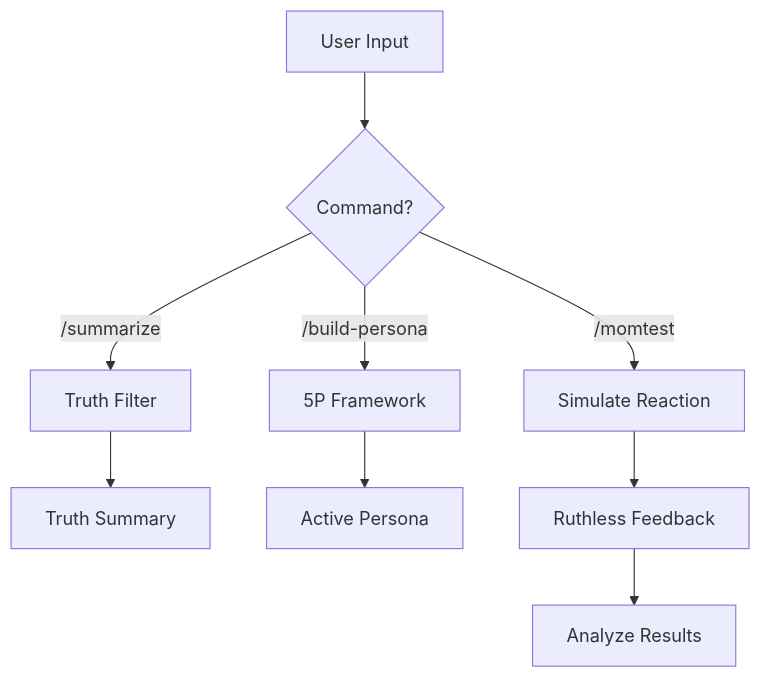
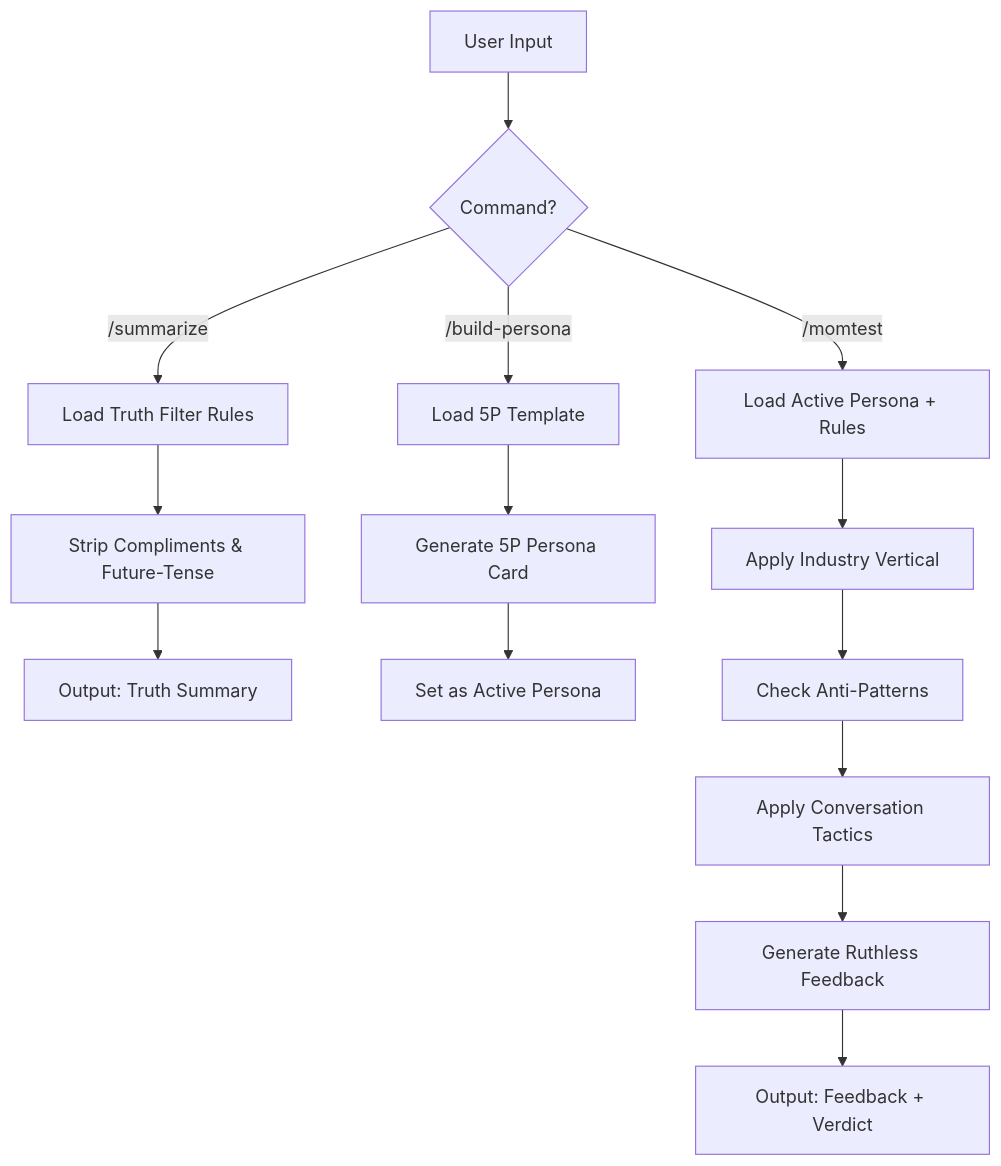
One commit to datht-work/PersonaTwin-skill changed the diagram in SKILL.md. Above: the diagram before and after it, drawn with Mermaid. The commit also changed other lines of this file and 19 other files, not shown here.

Commit message:
feat: enhance persona simulation with new conversation tactics, expanded documentation, and updated workflow examples

````diff
--- a/SKILL.md
+++ b/SKILL.md
@@ -50,11 +102,16 @@
 ```mermaid
 graph TD
     A[User Input] --> B{Command?}
-    B -->|/summarize| C[Truth Filter]
-    B -->|/build-persona| D[5P Framework]
-    B -->|/momtest| E[Simulate Reaction]
-    C --> F[Truth Summary]
-    D --> G[Active Persona]
-    E --> H[Ruthless Feedback]
-    H --> I[Analyze Results]
+    B -->|/summarize| C[Load Truth Filter Rules]
+    B -->|/build-persona| D[Load 5P Template]
+    B -->|/momtest| E[Load Active Persona + Rules]
+    C --> F[Strip Compliments & Future-Tense]
+    F --> G["Output: Truth Summary"]
+    D --> H[Generate 5P Persona Card]
+    H --> I[Set as Active Persona]
+    E --> J[Apply Industry Vertical]
+    J --> K[Check Anti-Patterns]
+    K --> L[Apply Conversation Tactics]
+    L --> M[Generate Ruthless Feedback]
+    M --> N["Output: Feedback + Verdict"]
 ```
````
